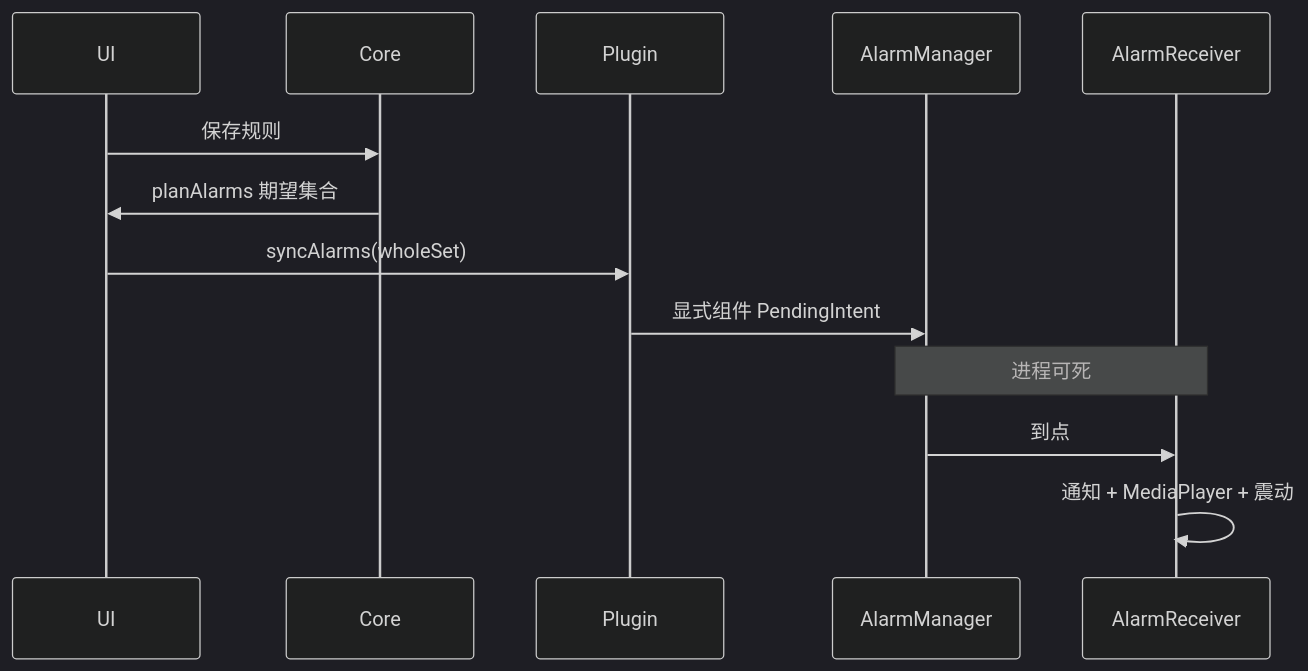
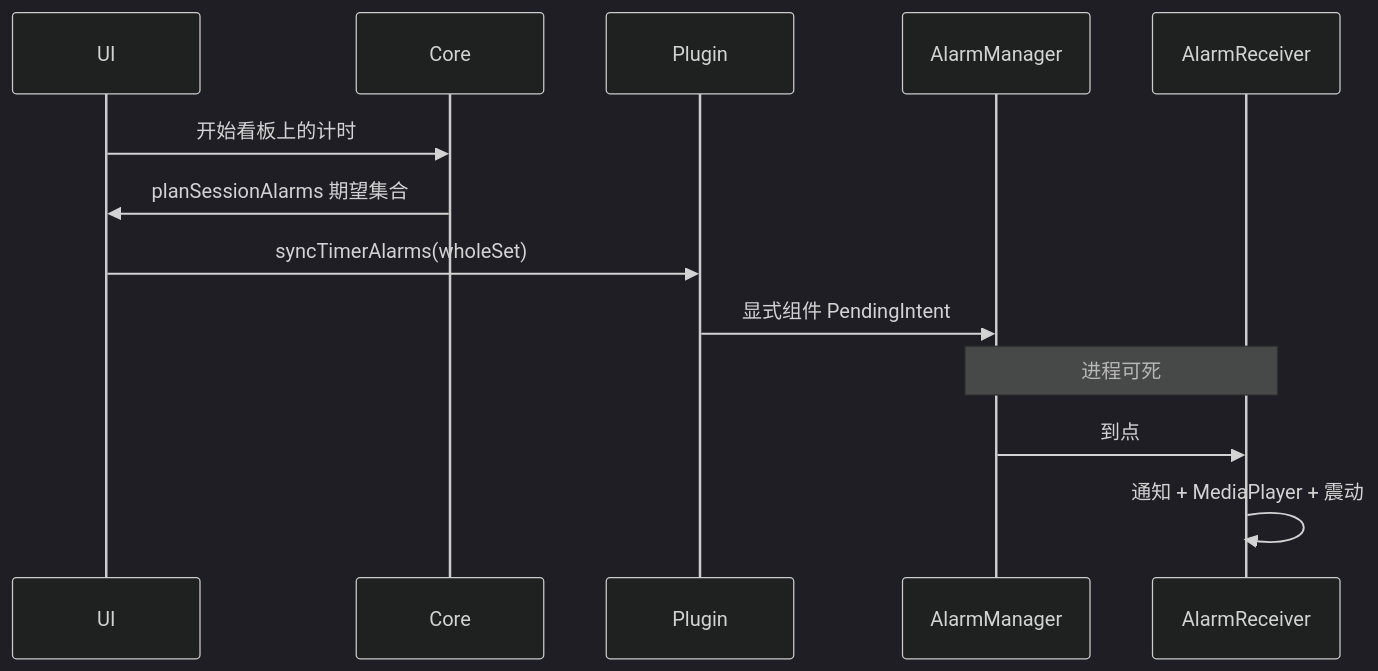
Before and after one commit to kikoiio/Zibloo: the second of 2 diagrams in docs/architecture.md, drawn with Mermaid (dark theme). The commit also changed other lines of this file and 50 other files, not shown here.

````diff
--- a/docs/architecture.md
+++ b/docs/architecture.md
@@ -75,15 +87,15 @@
 ```mermaid
 sequenceDiagram
   participant UI
   participant Core
   participant Plugin
   participant AM as AlarmManager
   participant Rx as AlarmReceiver
-  UI->>Core: 保存规则
-  Core->>UI: planAlarms 期望集合
-  UI->>Plugin: syncAlarms(wholeSet)
+  UI->>Core: 开始看板上的计时
+  Core->>UI: planSessionAlarms 期望集合
+  UI->>Plugin: syncTimerAlarms(wholeSet)
   Plugin->>AM: 显式组件 PendingIntent
   Note over AM,Rx: 进程可死
   AM->>Rx: 到点
   Rx->>Rx: 通知 + MediaPlayer + 震动
 ```
````
